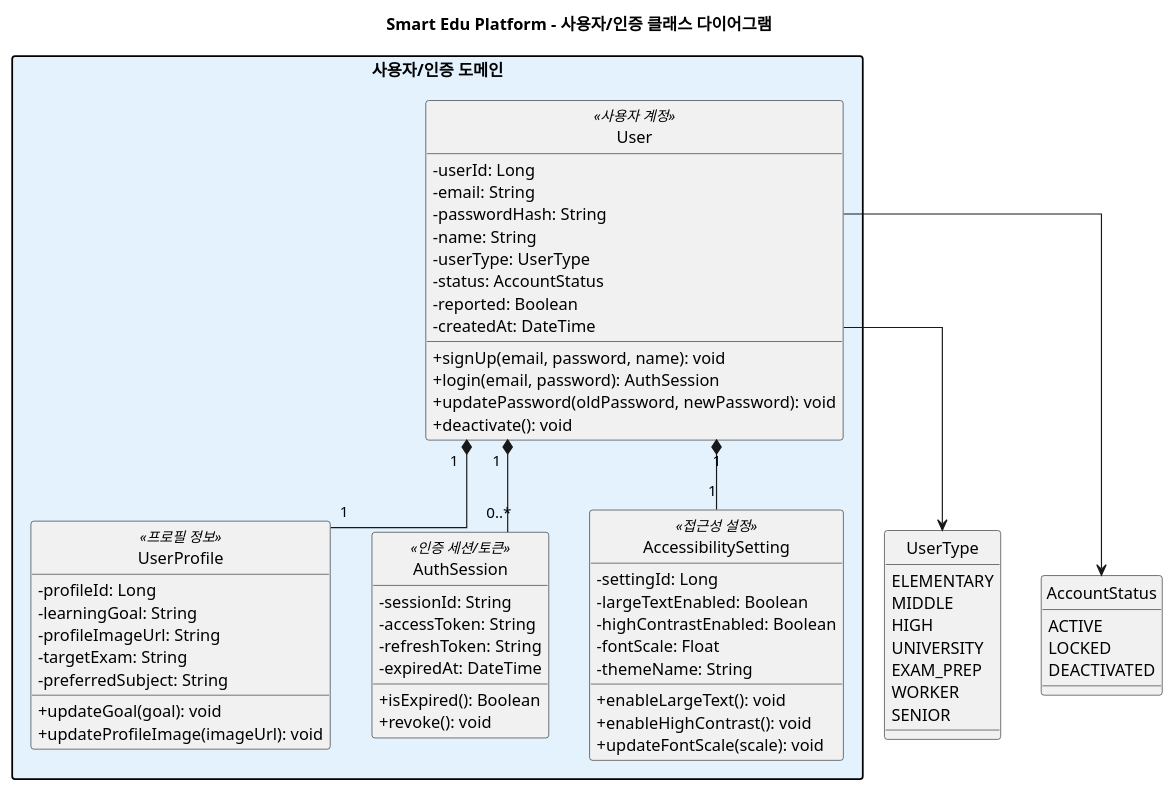
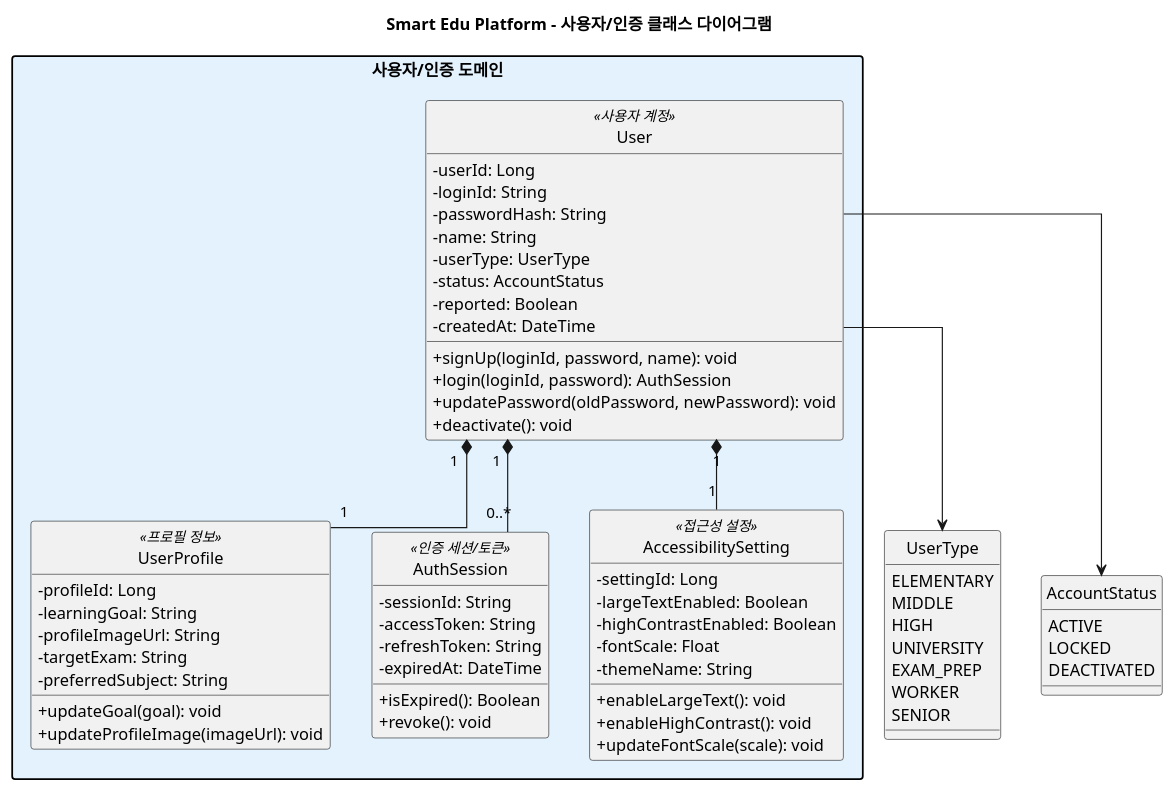
The diagram in docs/design/plantuml/class-diagram-auth.puml (jeongiryang/SoftwareEngineering_team15_project_-Smart-Edu-Platform), drawn with PlantUML before and after one commit. The commit also changed 55 other files, not shown here.

```diff
--- a/docs/design/plantuml/class-diagram-auth.puml
+++ b/docs/design/plantuml/class-diagram-auth.puml
@@ -1,78 +1,78 @@
 @startuml class-diagram-auth
 title Smart Edu Platform - 사용자/인증 클래스 다이어그램
 
 skinparam classAttributeIconSize 0
 skinparam shadowing false
 skinparam linetype ortho
 skinparam packageStyle rectangle
 hide circle
 
 package "사용자/인증 도메인" #E3F2FD {
   class User <<사용자 계정>> {
     - userId: Long
-    - email: String
+    - loginId: String
     - passwordHash: String
     - name: String
     - userType: UserType
     - status: AccountStatus
     - reported: Boolean
     - createdAt: DateTime
-    + signUp(email, password, name): void
-    + login(email, password): AuthSession
+    + signUp(loginId, password, name): void
+    + login(loginId, password): AuthSession
     + updatePassword(oldPassword, newPassword): void
     + deactivate(): void
   }
 
   class UserProfile <<프로필 정보>> {
     - profileId: Long
     - learningGoal: String
     - profileImageUrl: String
     - targetExam: String
     - preferredSubject: String
     + updateGoal(goal): void
     + updateProfileImage(imageUrl): void
   }
 
   class AuthSession <<인증 세션/토큰>> {
     - sessionId: String
     - accessToken: String
     - refreshToken: String
     - expiredAt: DateTime
     + isExpired(): Boolean
     + revoke(): void
   }
 
   class AccessibilitySetting <<접근성 설정>> {
     - settingId: Long
     - largeTextEnabled: Boolean
     - highContrastEnabled: Boolean
     - fontScale: Float
     - themeName: String
     + enableLargeText(): void
     + enableHighContrast(): void
     + updateFontScale(scale): void
   }
 }
 
 enum UserType {
   ELEMENTARY
   MIDDLE
   HIGH
   UNIVERSITY
   EXAM_PREP
   WORKER
   SENIOR
 }
 
 enum AccountStatus {
   ACTIVE
   LOCKED
   DEACTIVATED
 }
 
 User "1" *-- "1" UserProfile
 User "1" *-- "0..*" AuthSession
 User "1" *-- "1" AccessibilitySetting
 User --> UserType
 User --> AccountStatus
 @enduml
```
